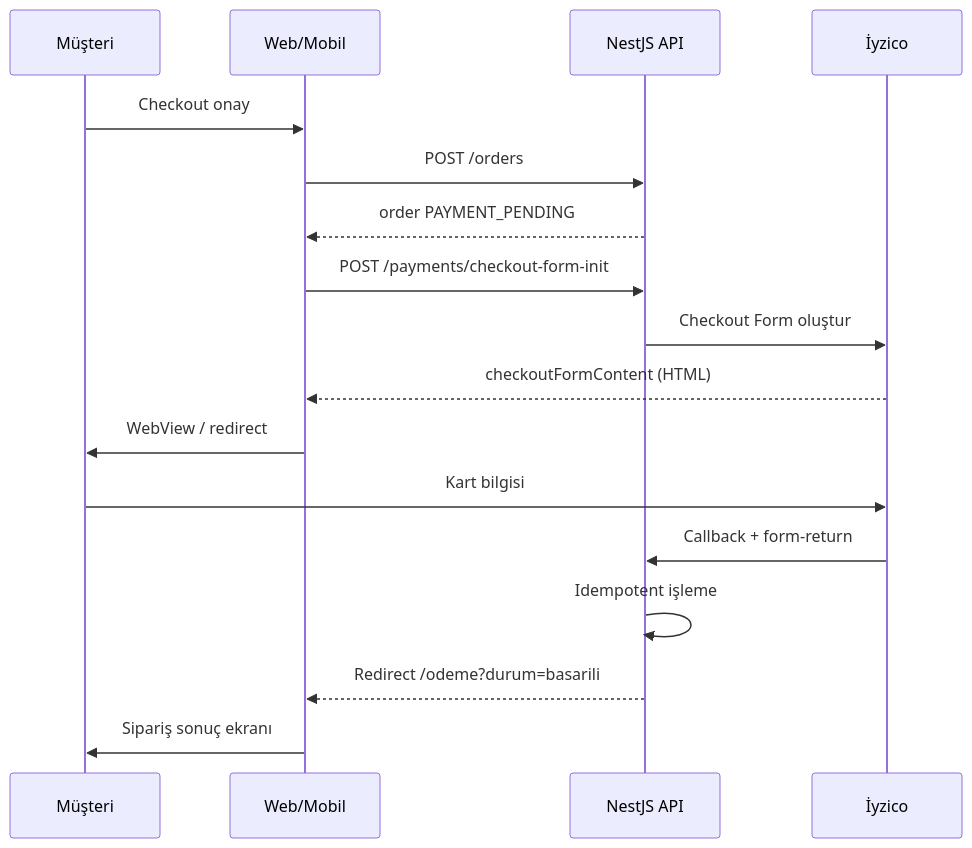
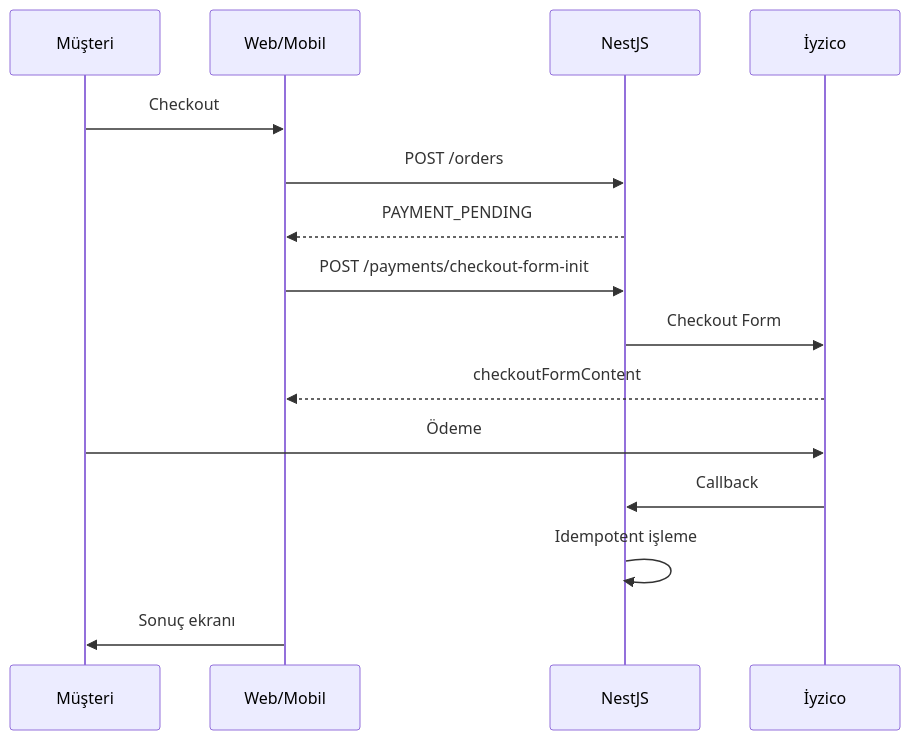
One commit to firatemu/Pastane changed the second of 2 diagrams in docs/PROJE-TEKNIK-DOKUMANTASYON.md. Above: the diagram before and after it, drawn with Mermaid. The commit also changed other lines of this file and 41 other files, not shown here.

````diff
--- a/docs/PROJE-TEKNIK-DOKUMANTASYON.md
+++ b/docs/PROJE-TEKNIK-DOKUMANTASYON.md
@@ -518,20 +450,18 @@
 ```mermaid
 sequenceDiagram
   participant C as Müşteri
   participant W as Web/Mobil
-  participant API as NestJS API
+  participant API as NestJS
   participant I as İyzico
 
-  C->>W: Checkout onay
+  C->>W: Checkout
   W->>API: POST /orders
-  API-->>W: order PAYMENT_PENDING
+  API-->>W: PAYMENT_PENDING
   W->>API: POST /payments/checkout-form-init
-  API->>I: Checkout Form oluştur
-  I-->>W: checkoutFormContent (HTML)
-  W->>C: WebView / redirect
-  C->>I: Kart bilgisi
-  I->>API: Callback + form-return
+  API->>I: Checkout Form
+  I-->>W: checkoutFormContent
+  C->>I: Ödeme
+  I->>API: Callback
   API->>API: Idempotent işleme
-  API-->>W: Redirect /odeme?durum=basarili
-  W->>C: Sipariş sonuç ekranı
+  W->>C: Sonuç ekranı
 ```
````
